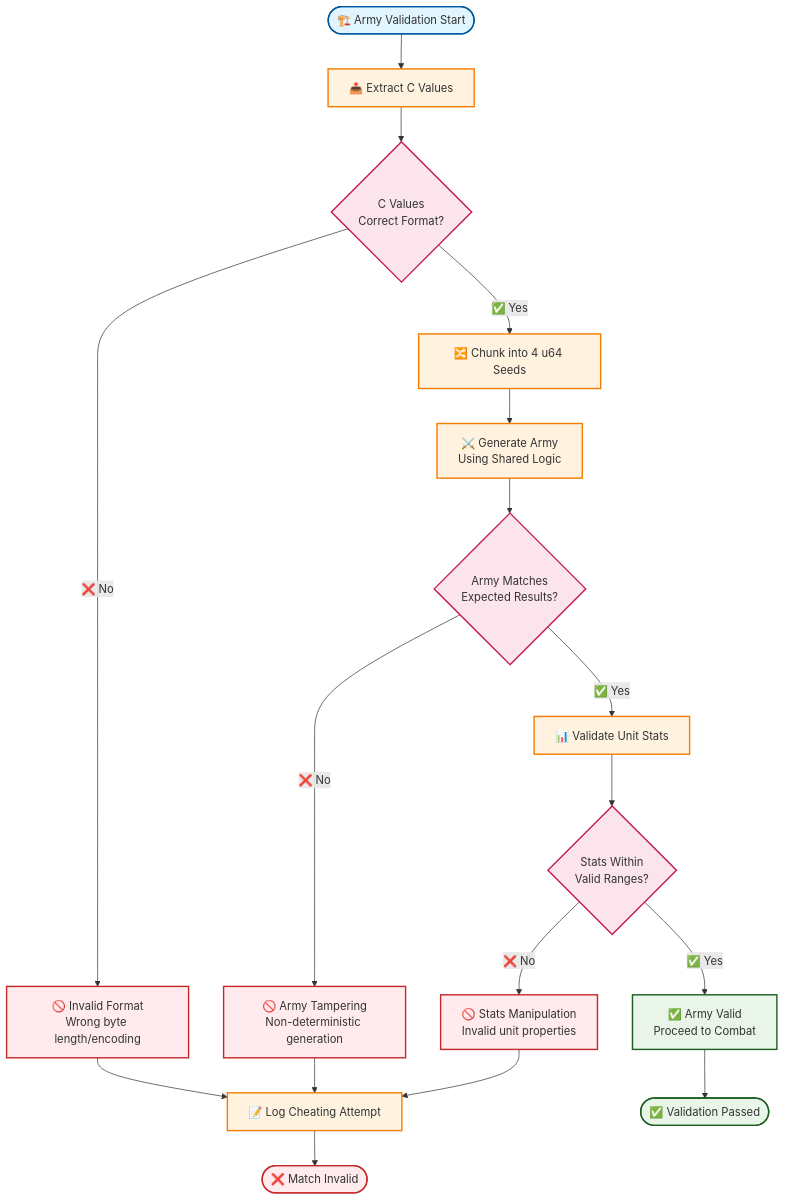
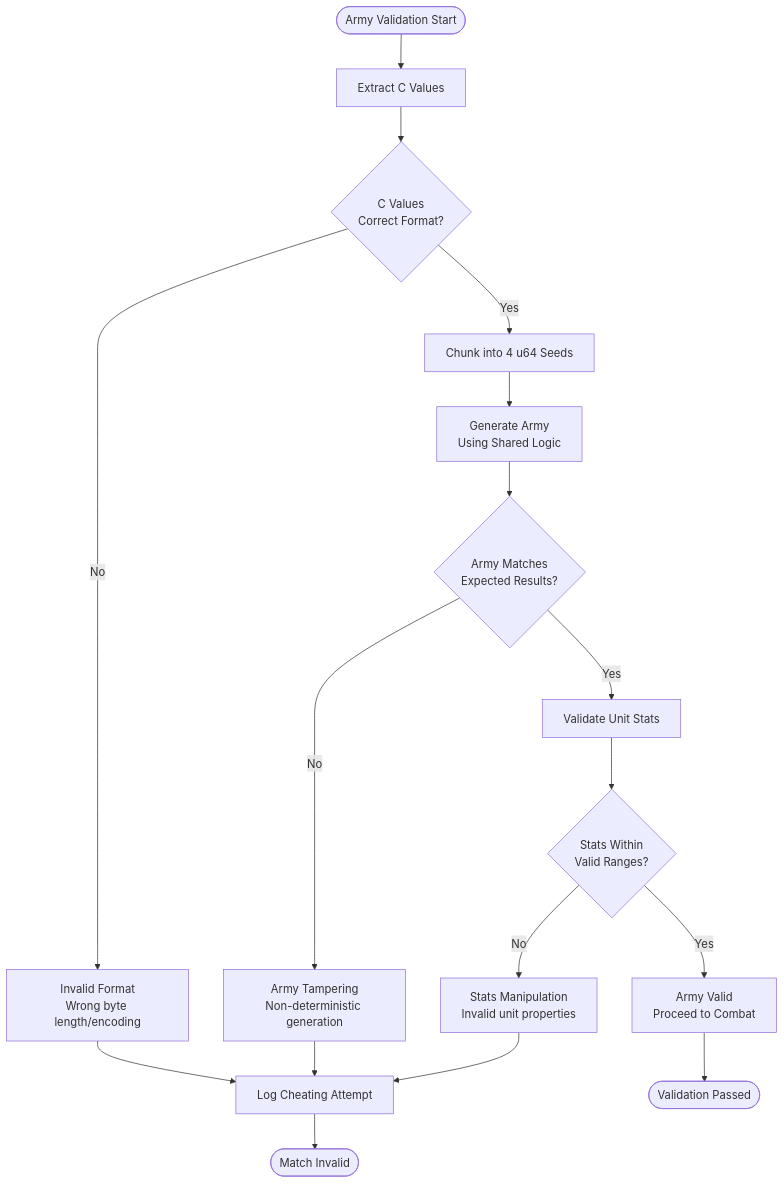
The third of 7 diagrams in docs/diagrams/ANTI_CHEAT_VALIDATION.md (EthnTuttle/manastr), drawn with Mermaid before and after one commit. The commit also changed other lines of this file and 25 other files, not shown here.

````diff
--- a/docs/diagrams/ANTI_CHEAT_VALIDATION.md
+++ b/docs/diagrams/ANTI_CHEAT_VALIDATION.md
@@ -99,38 +85,25 @@
 ```mermaid
 flowchart TD
-    Start([🏗️ Army Validation Start]) --> ExtractC[📤 Extract C Values]
+    Start(["Army Validation Start"]) --> ExtractC["Extract C Values"]
     
-    ExtractC --> ValidateFormat{C Values<br/>Correct Format?}
-    ValidateFormat -->|❌ No| InvalidFormat[🚫 Invalid Format<br/>Wrong byte length/encoding]
-    ValidateFormat -->|✅ Yes| ChunkValues[🔀 Chunk into 4 u64 Seeds]
+    ExtractC --> ValidateFormat{"C Values<br/>Correct Format?"}
+    ValidateFormat -->|No| InvalidFormat["Invalid Format<br/>Wrong byte length/encoding"]
+    ValidateFormat -->|Yes| ChunkValues["Chunk into 4 u64 Seeds"]
     
-    ChunkValues --> GenerateArmy[⚔️ Generate Army<br/>Using Shared Logic]
-    GenerateArmy --> ValidateArmy{Army Matches<br/>Expected Results?}
+    ChunkValues --> GenerateArmy["Generate Army<br/>Using Shared Logic"]
+    GenerateArmy --> ValidateArmy{"Army Matches<br/>Expected Results?"}
     
-    ValidateArmy -->|❌ No| ArmyTampering[🚫 Army Tampering<br/>Non-deterministic generation]
-    ValidateArmy -->|✅ Yes| ValidateStats[📊 Validate Unit Stats]
+    ValidateArmy -->|No| ArmyTampering["Army Tampering<br/>Non-deterministic generation"]
+    ValidateArmy -->|Yes| ValidateStats["Validate Unit Stats"]
     
-    ValidateStats --> StatsCheck{Stats Within<br/>Valid Ranges?}
-    StatsCheck -->|❌ No| StatsTampering[🚫 Stats Manipulation<br/>Invalid unit properties]
-    StatsCheck -->|✅ Yes| ArmyValid[✅ Army Valid<br/>Proceed to Combat]
+    ValidateStats --> StatsCheck{"Stats Within<br/>Valid Ranges?"}
+    StatsCheck -->|No| StatsTampering["Stats Manipulation<br/>Invalid unit properties"]
+    StatsCheck -->|Yes| ArmyValid["Army Valid<br/>Proceed to Combat"]
     
-    InvalidFormat --> LogCheat[📝 Log Cheating Attempt]
+    InvalidFormat --> LogCheat["Log Cheating Attempt"]
     ArmyTampering --> LogCheat
     StatsTampering --> LogCheat
-    LogCheat --> Failure([❌ Match Invalid])
+    LogCheat --> Failure(["Match Invalid"])
     
-    ArmyValid --> Success([✅ Validation Passed])
-    
-    %% Styling
-    classDef startEnd fill:#e1f5fe,stroke:#01579b,stroke-width:2px
-    classDef process fill:#fff3e0,stroke:#f57c00,stroke-width:2px
-    classDef decision fill:#fce4ec,stroke:#c2185b,stroke-width:2px
-    classDef success fill:#e8f5e8,stroke:#1b5e20,stroke-width:2px
-    classDef failure fill:#ffebee,stroke:#c62828,stroke-width:2px
-    
-    class Start,Success,Failure startEnd
-    class ExtractC,ChunkValues,GenerateArmy,ValidateStats,LogCheat process
-    class ValidateFormat,ValidateArmy,StatsCheck decision
-    class ArmyValid,Success success
-    class InvalidFormat,ArmyTampering,StatsTampering,Failure failure
+    ArmyValid --> Success(["Validation Passed"])
 ```
````
